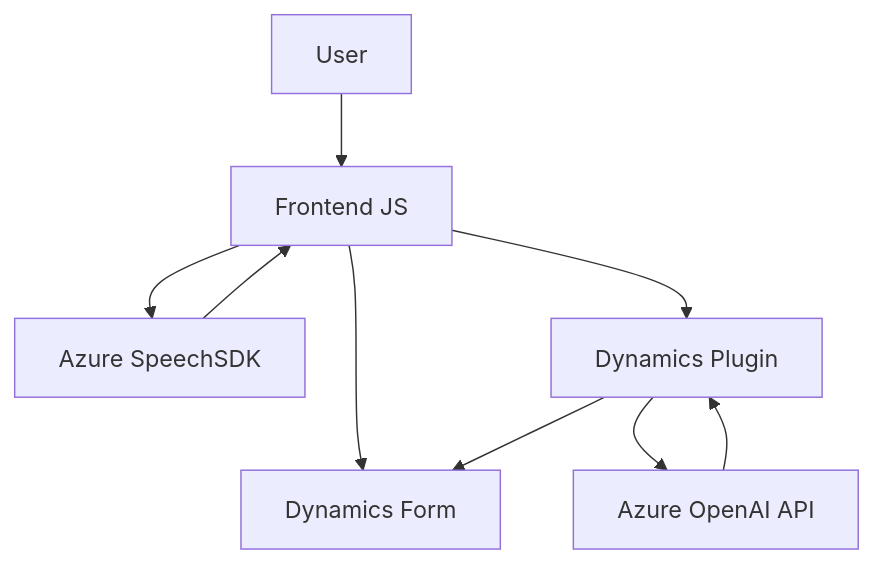
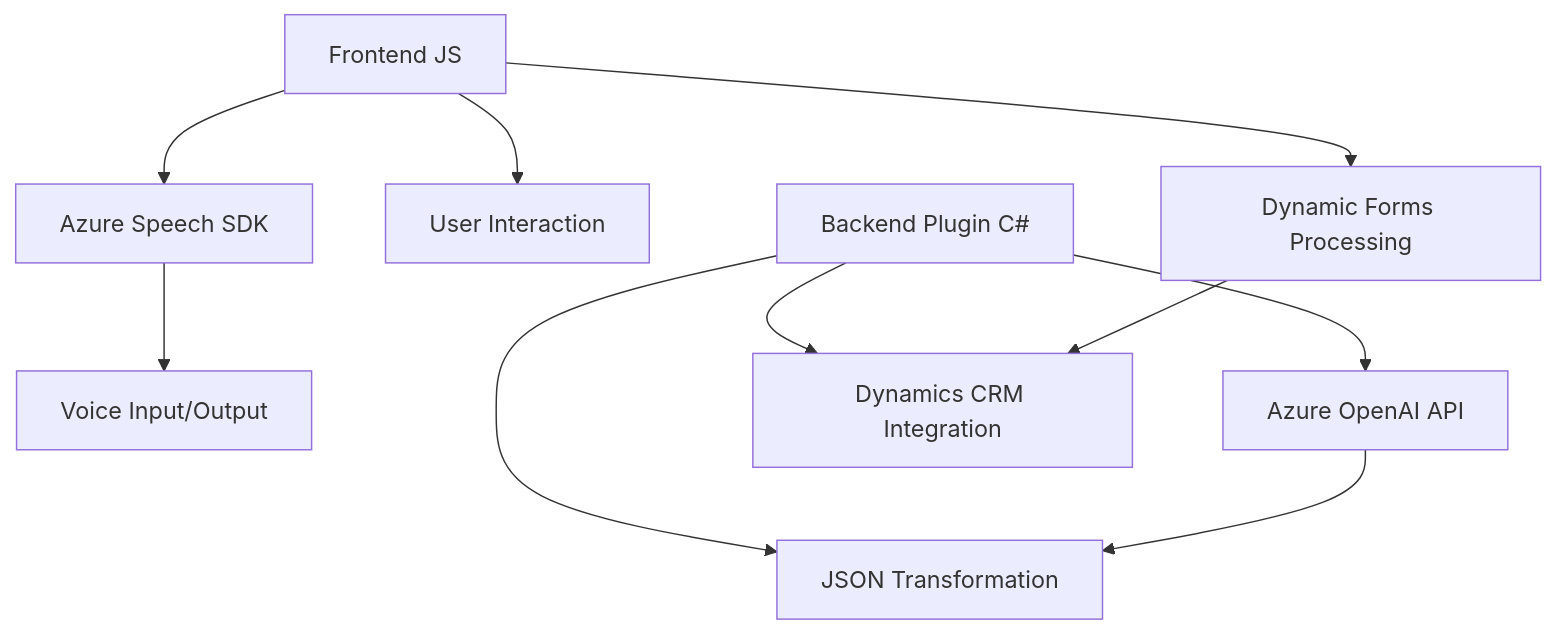
Before and after one commit to blopezdm/NETCORE_BILBAO2025: the diagram in README.md, drawn with Mermaid. The commit also changed other lines of this file, not shown here.

````diff
--- a/README.md
+++ b/README.md
@@ -34,18 +42,12 @@
 ```mermaid
 graph TD
-A["Frontend JS"]
-B["Azure SpeechSDK"]
-C["Dynamics Plugin"]
-D["Azure OpenAI API"]
-E["Dynamics Form"]
-F["User"]
-
-F --> A
-A --> B
-A --> E
-B --> A
-A --> C
-C --> D
-D --> C
-C --> E
+    A["Frontend JS"] --> B["Azure Speech SDK"]
+    A --> C["User Interaction"]
+    A --> D["Dynamic Forms Processing"]
+    B --> E["Voice Input/Output"]
+    F["Backend Plugin C#"] --> G["Azure OpenAI API"]
+    F --> H["JSON Transformation"]
+    F --> I["Dynamics CRM Integration"]
+    D --> I
+    G --> H
 ```
````
